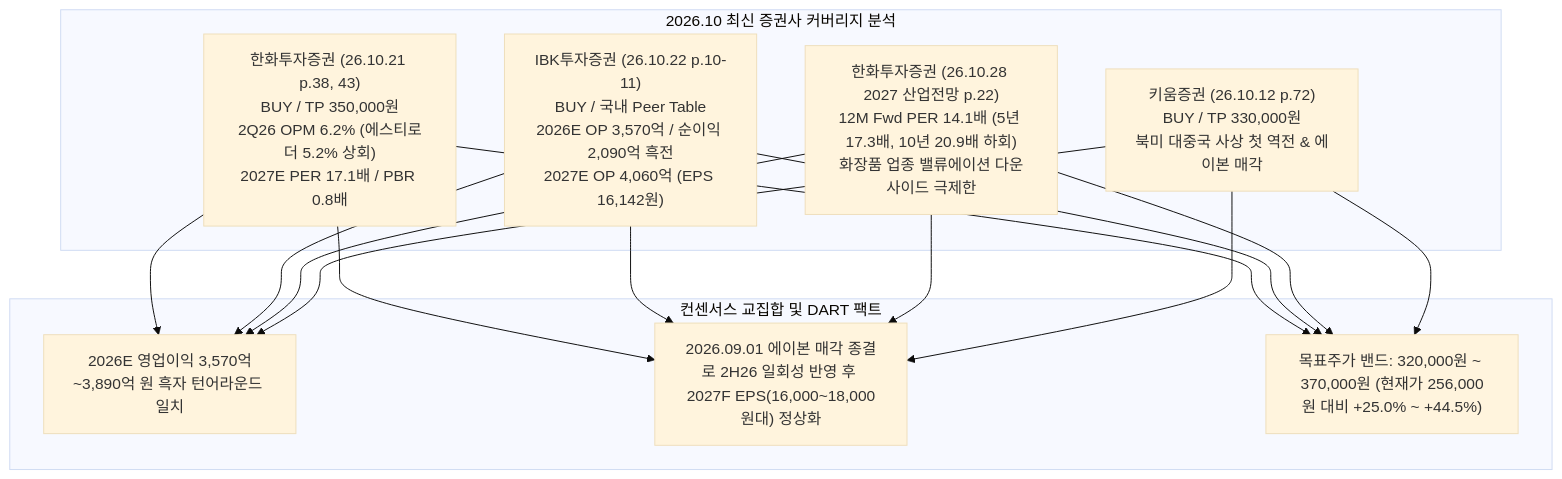
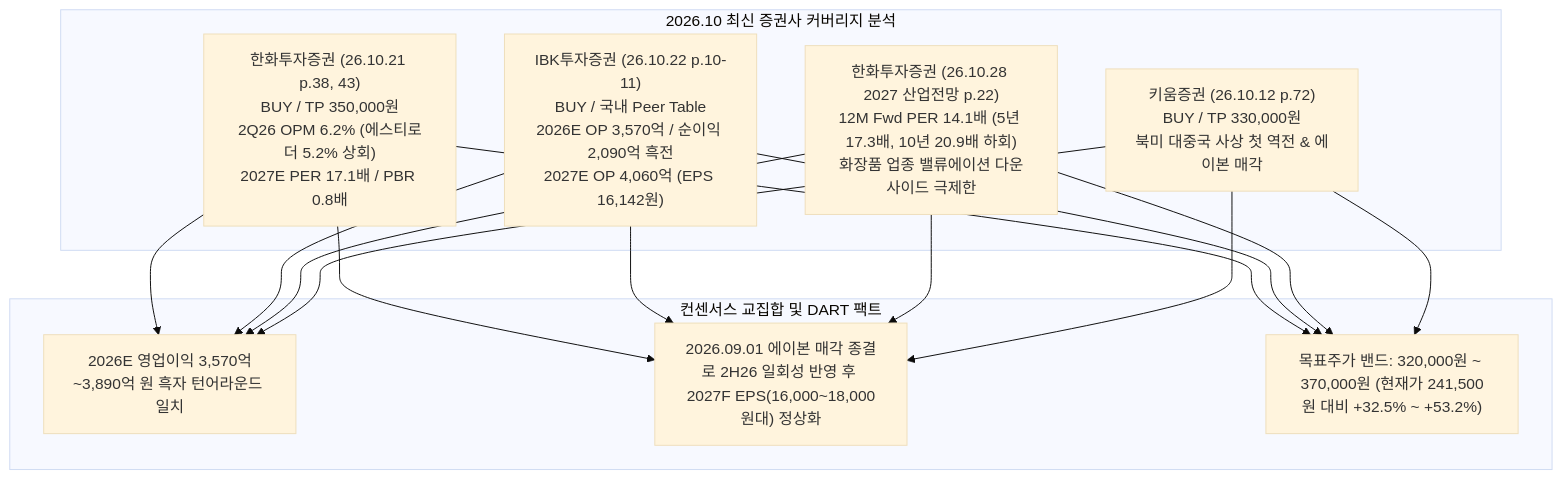
One commit to eve830521-cmd/my-skill-ver.5 changed the diagram in Stock_Research/LG생활건강/3_Final_Reports/Phase2_Story.md. Above: the diagram before and after it, drawn with Mermaid (base theme). The commit also changed other lines of this file and 25 other files, not shown here.

````diff
--- a/Stock_Research/LG생활건강/3_Final_Reports/Phase2_Story.md
+++ b/Stock_Research/LG생활건강/3_Final_Reports/Phase2_Story.md
@@ -73,15 +73,15 @@
 ```mermaid
 flowchart TD
     subgraph 2026.10 최신 증권사 커버리지 분석
         H1["한화투자증권 (26.10.21 p.38, 43)<br>BUY / TP 350,000원<br>2Q26 OPM 6.2% (에스티로더 5.2% 상회)<br>2027E PER 17.1배 / PBR 0.8배"]
         I1["IBK투자증권 (26.10.22 p.10-11)<br>BUY / 국내 Peer Table<br>2026E OP 3,570억 / 순이익 2,090억 흑전<br>2027E OP 4,060억 (EPS 16,142원)"]
         H2["한화투자증권 (26.10.28 2027 산업전망 p.22)<br>12M Fwd PER 14.1배 (5년 17.3배, 10년 20.9배 하회)<br>화장품 업종 밸류에이션 다운사이드 극제한"]
         K1["키움증권 (26.10.12 p.72)<br>BUY / TP 330,000원<br>북미 대중국 사상 첫 역전 & 에이본 매각"]
     end
 
     subgraph 컨센서스 교집합 및 DART 팩트
         H1 & I1 & H2 & K1 --> C1["2026E 영업이익 3,570억~3,890억 원 흑자 턴어라운드 일치"]
         H1 & I1 & H2 & K1 --> C2["2026.09.01 에이본 매각 종결로 2H26 일회성 반영 후 2027F EPS(16,000~18,000원대) 정상화"]
-        H1 & I1 & H2 & K1 --> C3["목표주가 밴드: 320,000원 ~ 370,000원 (현재가 256,000원 대비 +25.0% ~ +44.5%)"]
+        H1 & I1 & H2 & K1 --> C3["목표주가 밴드: 320,000원 ~ 370,000원 (현재가 241,500원 대비 +32.5% ~ +53.2%)"]
     end
 ```
````
